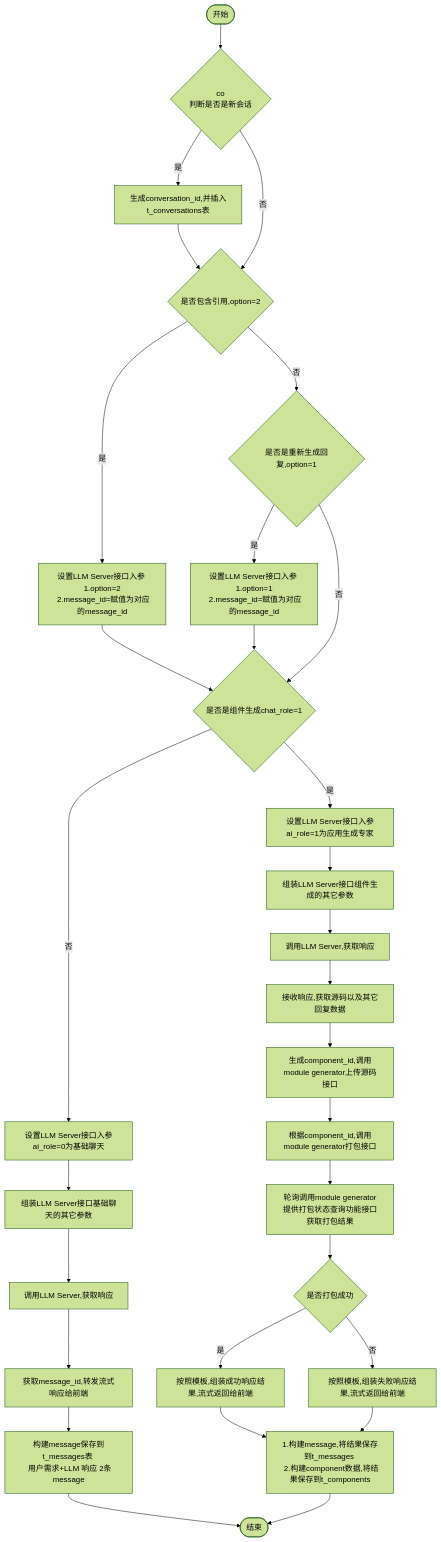
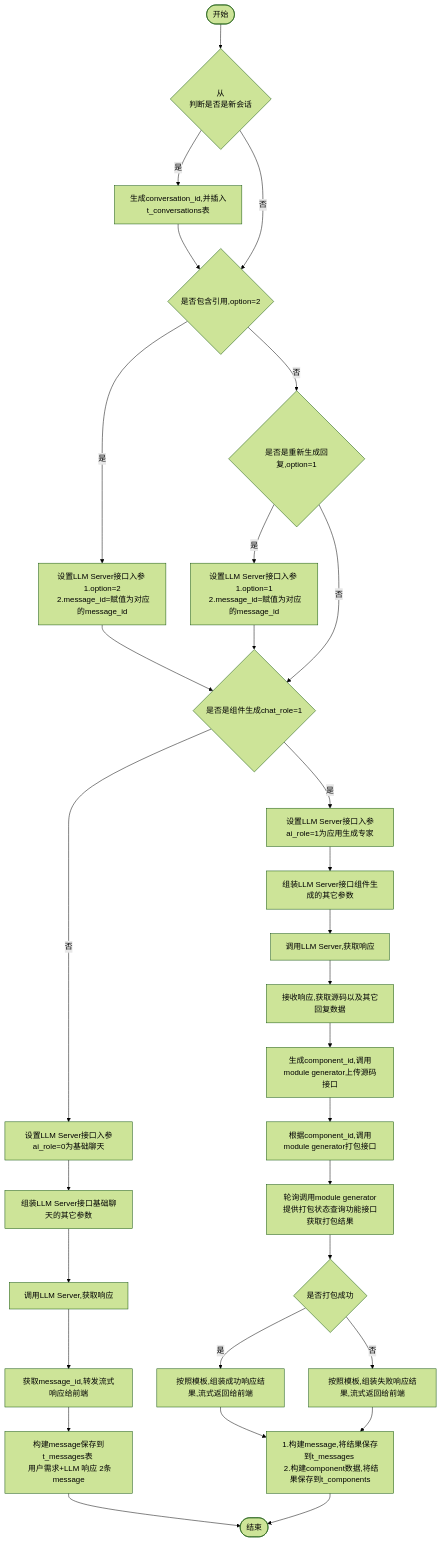
The diagram in all/w3-会话-不需要传递message.md (yingjianzh/iodraw-files), drawn with Mermaid (forest theme) before and after one commit.

Commit message:
2024-10-15 14:11:57 update

````diff
--- a/all/w3-会话-不需要传递message.md
+++ b/all/w3-会话-不需要传递message.md
@@ -1,36 +1,36 @@
 ```mermaid
 flowchart TD
-    A([开始]) --> B{co \n 判断是否是新会话}
+    A([开始]) --> B{从 \n 判断是否是新会话}
     B -- 是 --> C[生成conversation_id,并插入t_conversations表]
     C --> D
     B -- 否 --> D{是否包含引用,option=2}
     D -- 是 --> E[设置LLM Server接口入参 \n 1.option=2 \n 2.message_id=赋值为对应的message_id]
     D -- 否 --> F{是否是重新生成回复,option=1}
     F -- 是 --> G[设置LLM Server接口入参 \n 1.option=1 \n 2.message_id=赋值为对应的message_id]
     F -- 否 --> I
      
     E & G --> I{是否是组件生成chat_role=1}
     I -- 否 --> K[设置LLM Server接口入参ai_role=0为基础聊天]
     I -- 是 --> J[设置LLM Server接口入参ai_role=1为应用生成专家]
     
 
     J --> L[组装LLM Server接口组件生成的其它参数]    
     K --> M[组装LLM Server接口基础聊天的其它参数]    
     M --> N[调用LLM Server,获取响应]    
     N --> O[获取message_id,转发流式响应给前端]
     O --> P[构建message保存到t_messages表 \n 用户需求+LLM 响应 2条message]
     P --> R([结束])
 
 
     L --> S[调用LLM Server,获取响应]
     S --> T[接收响应,获取源码以及其它回复数据]
     T --> U[生成component_id,调用module generator上传源码接口]
     U --> V[根据component_id,调用module generator打包接口]
     V --> W[轮询调用module generator提供打包状态查询功能接口获取打包结果]
     W --> X{是否打包成功}
     X -- 是 --> Y[按照模板,组装成功响应结果,流式返回给前端]
     X -- 否 --> Z[按照模板,组装失败响应结果,流式返回给前端]
 
     Y & Z --> Result[1.构建message,将结果保存到t_messages \n 2.构建component数据,将结果保存到t_components]
     Result --> R
 ```
````
